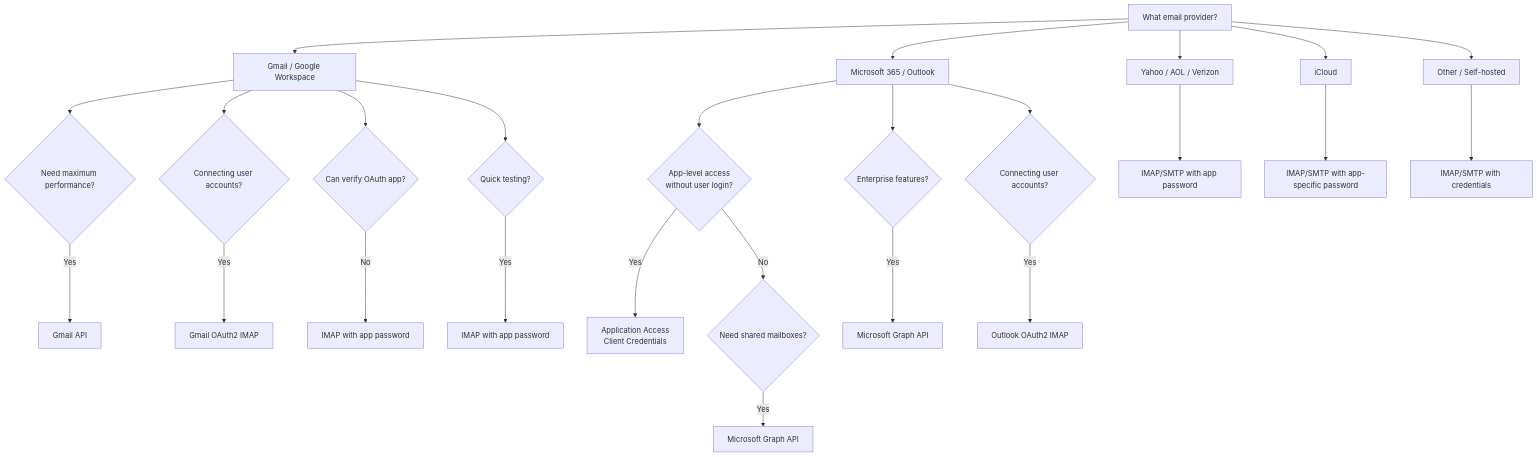
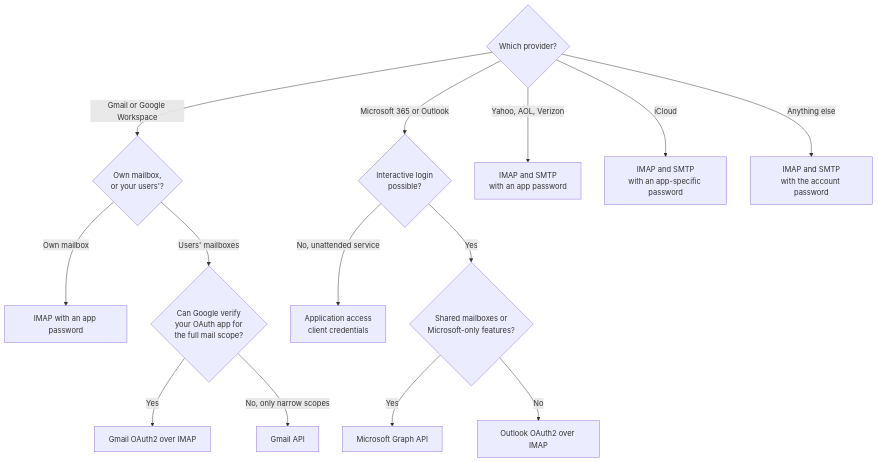
One commit to postalsys/learn.emailengine.app changed the diagram in docs/accounts/index.md. Above: the diagram before and after it, drawn with Mermaid. The commit also changed other lines of this file and 61 other files, not shown here.

````diff
--- a/docs/accounts/index.md
+++ b/docs/accounts/index.md
@@ -207,31 +202,19 @@
 ```mermaid
 graph TD
-    Start[What email provider?]
-    Start --> Gmail[Gmail / Google Workspace]
-    Start --> M365[Microsoft 365 / Outlook]
-    Start --> Yahoo[Yahoo / AOL / Verizon]
-    Start --> iCloud[iCloud]
-    Start --> Other[Other / Self-hosted]
+    Start{Which provider?}
+    Start -->|Gmail or Google Workspace| G1{Own mailbox,<br/>or your users'?}
+    Start -->|Microsoft 365 or Outlook| M1{Interactive login<br/>possible?}
+    Start -->|Yahoo, AOL, Verizon| YahooIMAP[IMAP and SMTP<br/>with an app password]
+    Start -->|iCloud| iCloudIMAP[IMAP and SMTP<br/>with an app-specific password]
+    Start -->|Anything else| OtherIMAP[IMAP and SMTP<br/>with the account password]
 
-    Gmail --> GmailPerf{Need maximum performance?}
-    Gmail --> GmailOAuth{Connecting user accounts?}
-    Gmail --> GmailVerify{Can verify OAuth app?}
-    Gmail --> GmailTest{Quick testing?}
-    GmailPerf -->|Yes| GmailAPI[Gmail API]
-    GmailOAuth -->|Yes| GmailOAuth2[Gmail OAuth2 IMAP]
-    GmailVerify -->|No| GmailIMAPApp[IMAP with app password]
-    GmailTest -->|Yes| GmailIMAPApp2[IMAP with app password]
+    G1 -->|Own mailbox| GmailIMAPApp[IMAP with an app password]
+    G1 -->|Users' mailboxes| G2{Can Google verify<br/>your OAuth app for<br/>the full mail scope?}
+    G2 -->|Yes| GmailOAuth2[Gmail OAuth2 over IMAP]
+    G2 -->|No, only narrow scopes| GmailAPI[Gmail API]
 
-    M365 --> M365AppAccess{App-level access<br/>without user login?}
-    M365AppAccess -->|Yes| AppAccess[Application Access<br/>Client Credentials]
-    M365AppAccess -->|No| M365Shared{Need shared mailboxes?}
-    M365 --> M365Enterprise{Enterprise features?}
-    M365 --> M365OAuth{Connecting user accounts?}
-    M365Shared -->|Yes| GraphAPI[Microsoft Graph API]
-    M365Enterprise -->|Yes| GraphAPI2[Microsoft Graph API]
-    M365OAuth -->|Yes| OutlookOAuth2[Outlook OAuth2 IMAP]
-
-    Yahoo --> YahooIMAP[IMAP/SMTP with app password]
-    iCloud --> iCloudIMAP[IMAP/SMTP with app-specific password]
-    Other --> OtherIMAP[IMAP/SMTP with credentials]
+    M1 -->|No, unattended service| AppAccess[Application access<br/>client credentials]
+    M1 -->|Yes| M2{Shared mailboxes or<br/>Microsoft-only features?}
+    M2 -->|Yes| GraphAPI[Microsoft Graph API]
+    M2 -->|No| OutlookOAuth2[Outlook OAuth2 over IMAP]
 ```
````
